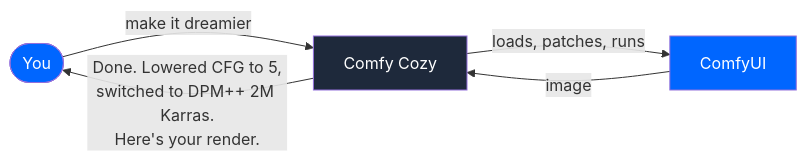
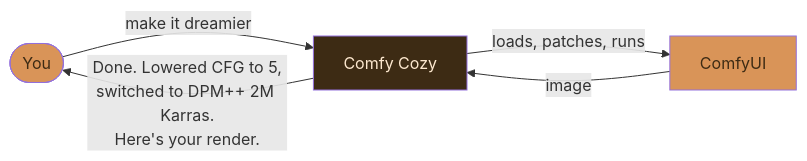
The first of 25 diagrams in README.md (JosephOIbrahim/Comfy-Cozy), drawn with Mermaid before and after one commit. The commit also changed other lines of this file, not shown here.

First line of the commit message:
[DOCS] Unify mermaid palette across 25 diagrams (warm amber/brown)

````diff
--- a/README.md
+++ b/README.md
@@ -15,11 +15,11 @@
 ```mermaid
 graph LR
     You([You]) -->|"make it dreamier"| Agent[Comfy Cozy]
     Agent -->|loads, patches, runs| ComfyUI[ComfyUI]
     ComfyUI -->|image| Agent
     Agent -->|"Done. Lowered CFG to 5,<br/>switched to DPM++ 2M Karras.<br/>Here's your render."| You
 
-    style You fill:#0066FF,color:#fff
-    style Agent fill:#1e293b,color:#fff
-    style ComfyUI fill:#0066FF,color:#fff
+    style You fill:#d99458,color:#3d2b14
+    style Agent fill:#3d2b14,color:#fde8cf
+    style ComfyUI fill:#d99458,color:#3d2b14
 ```
````
